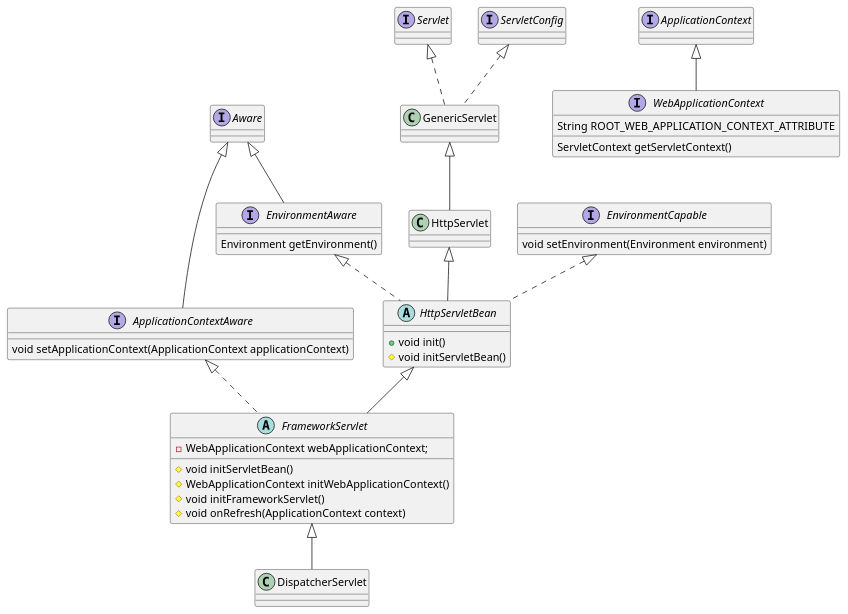
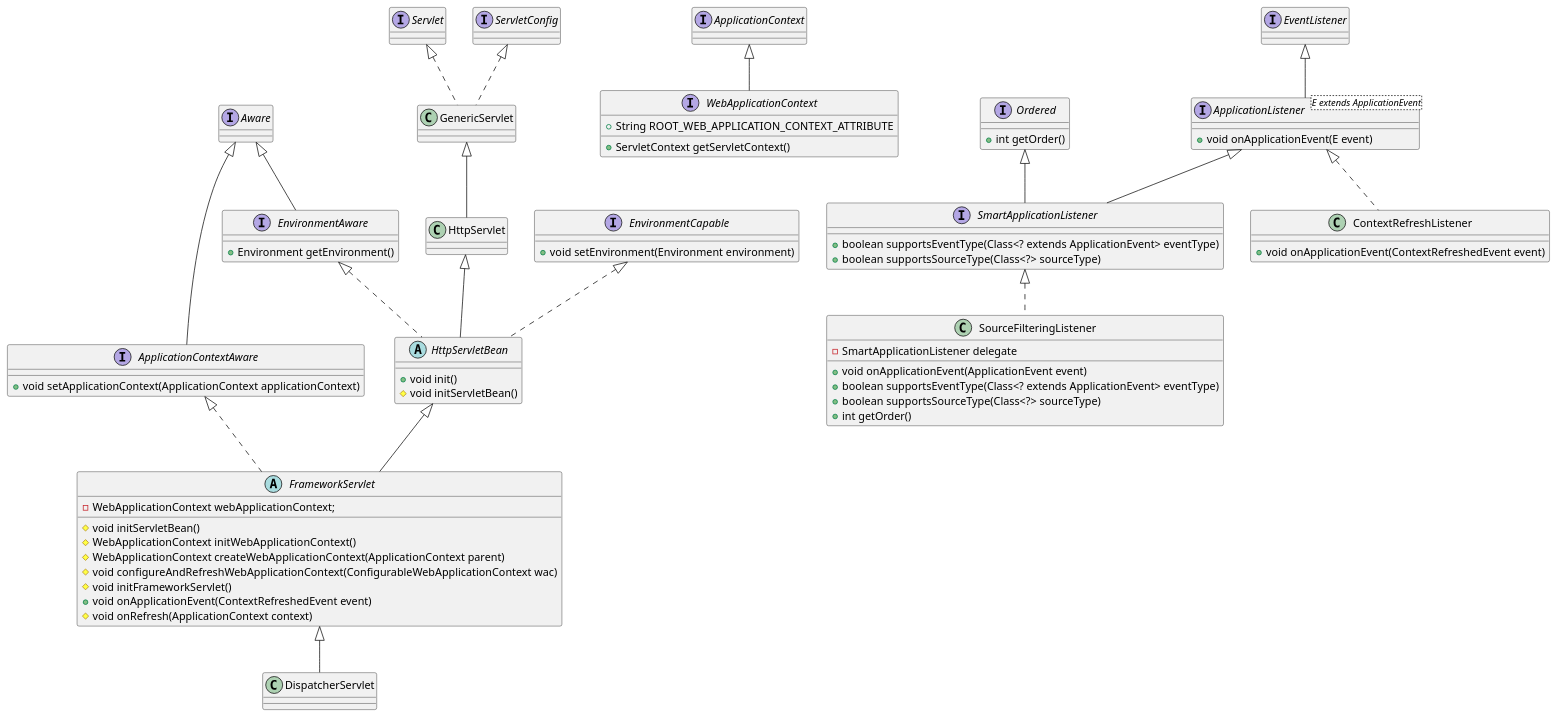
Before and after one commit to lwaytogo/spring-mvc-demo: the diagram in src/main/resources/uml/DispatcherServlet.puml, drawn with PlantUML.

Commit message:
监听器

```diff
--- a/src/main/resources/uml/DispatcherServlet.puml
+++ b/src/main/resources/uml/DispatcherServlet.puml
@@ -1,54 +1,86 @@
 @startuml
 'https://plantuml.com/class-diagram
 
 interface Aware
 
 interface Servlet
 interface ServletConfig
 
 class GenericServlet implements Servlet,ServletConfig
 
 class HttpServlet extends GenericServlet
 
 
 interface EnvironmentAware extends Aware {
-    Environment getEnvironment()
+    + Environment getEnvironment()
 }
 
 interface ApplicationContextAware extends Aware{
-    void setApplicationContext(ApplicationContext applicationContext)
+    + void setApplicationContext(ApplicationContext applicationContext)
 }
 
 
 interface EnvironmentCapable {
-    void setEnvironment(Environment environment)
+    + void setEnvironment(Environment environment)
 }
 
 abstract class HttpServletBean extends HttpServlet implements EnvironmentCapable, EnvironmentAware{
     + void init()
     # void initServletBean()
 }
 
 abstract class FrameworkServlet extends HttpServletBean implements ApplicationContextAware{
     - WebApplicationContext webApplicationContext;
     # void initServletBean()
     # WebApplicationContext initWebApplicationContext()
+    # WebApplicationContext createWebApplicationContext(ApplicationContext parent)
+    # void configureAndRefreshWebApplicationContext(ConfigurableWebApplicationContext wac)
     # void initFrameworkServlet()
+    + void onApplicationEvent(ContextRefreshedEvent event)
     # void onRefresh(ApplicationContext context)
 }
 
 class DispatcherServlet extends FrameworkServlet{
 
 }
 
 
 
 interface ApplicationContext
 
+class ContextRefreshListener implements ApplicationListener<ContextRefreshedEvent> {
+    + void onApplicationEvent(ContextRefreshedEvent event)
+}
+
 interface WebApplicationContext extends ApplicationContext{
-    String ROOT_WEB_APPLICATION_CONTEXT_ATTRIBUTE
-    ServletContext getServletContext()
+    + String ROOT_WEB_APPLICATION_CONTEXT_ATTRIBUTE
+    + ServletContext getServletContext()
 }
 
 
+interface EventListener
+interface Ordered {
+    + int getOrder()
+}
+
+
+interface ApplicationListener<E extends ApplicationEvent> extends EventListener{
+    + void onApplicationEvent(E event)
+}
+
+interface SmartApplicationListener extends ApplicationListener<ApplicationEvent> implements Ordered{
+    + boolean supportsEventType(Class<? extends ApplicationEvent> eventType)
+    + boolean supportsSourceType(Class<?> sourceType)
+}
+
+class SourceFilteringListener implements SmartApplicationListener{
+    - SmartApplicationListener delegate
+    + void onApplicationEvent(ApplicationEvent event)
+    + boolean supportsEventType(Class<? extends ApplicationEvent> eventType)
+    + boolean supportsSourceType(Class<?> sourceType)
+    + int getOrder()
+}
+
+
+
 @enduml
```
